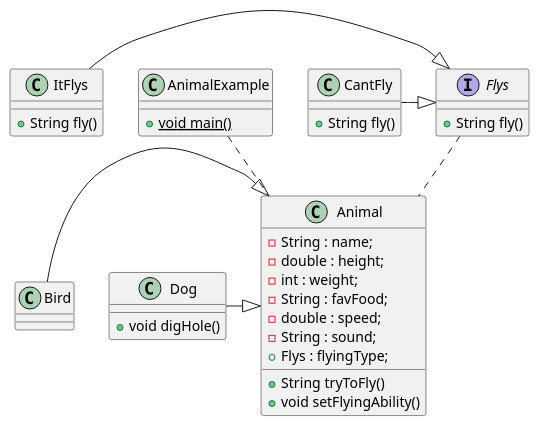
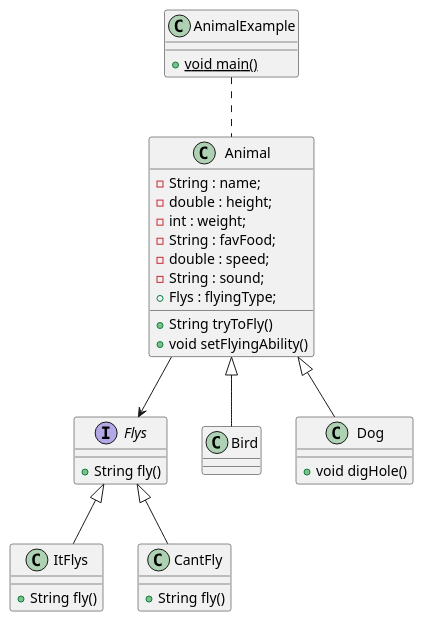
The first of 2 diagrams in src/main/java/Strategie/Animal/README.puml (yvanross/LOG121-GOF-exemples), drawn with PlantUML before and after one commit. The commit also changed other lines of this file and 27 other files, not shown here.

```diff
--- a/src/main/java/Strategie/Animal/README.puml
+++ b/src/main/java/Strategie/Animal/README.puml
@@ -1,45 +1,45 @@
-@startuml diagamme de classe
+@startuml DCL
 
 class Animal{
     - String : name;
 	- double : height;
 	- int : weight;
 	- String : favFood;
 	- double : speed;
 	- String : sound;
     + Flys : flyingType;
 
     + String tryToFly()
     + void setFlyingAbility()
 }
 
 class AnimalExample{
     {static} + void main()
 }
 
 class Bird{}
 
 class Dog{
     + void digHole()
 }
 
 interface Flys{
     + String fly()
 }
 class ItFlys{
     + String fly()
 }
 class CantFly{
     + String fly()
 }
 
-ItFlys -|> Flys
-CantFly -|> Flys
+ItFlys -up-|> Flys
+CantFly -up-|> Flys
 
-Flys .. Animal
-Bird -|> Animal
-Dog -|> Animal
+Flys <-up- Animal
+Bird -up-|> Animal
+Dog -up-|> Animal
 
 AnimalExample .. Animal
 
 @enduml
```
